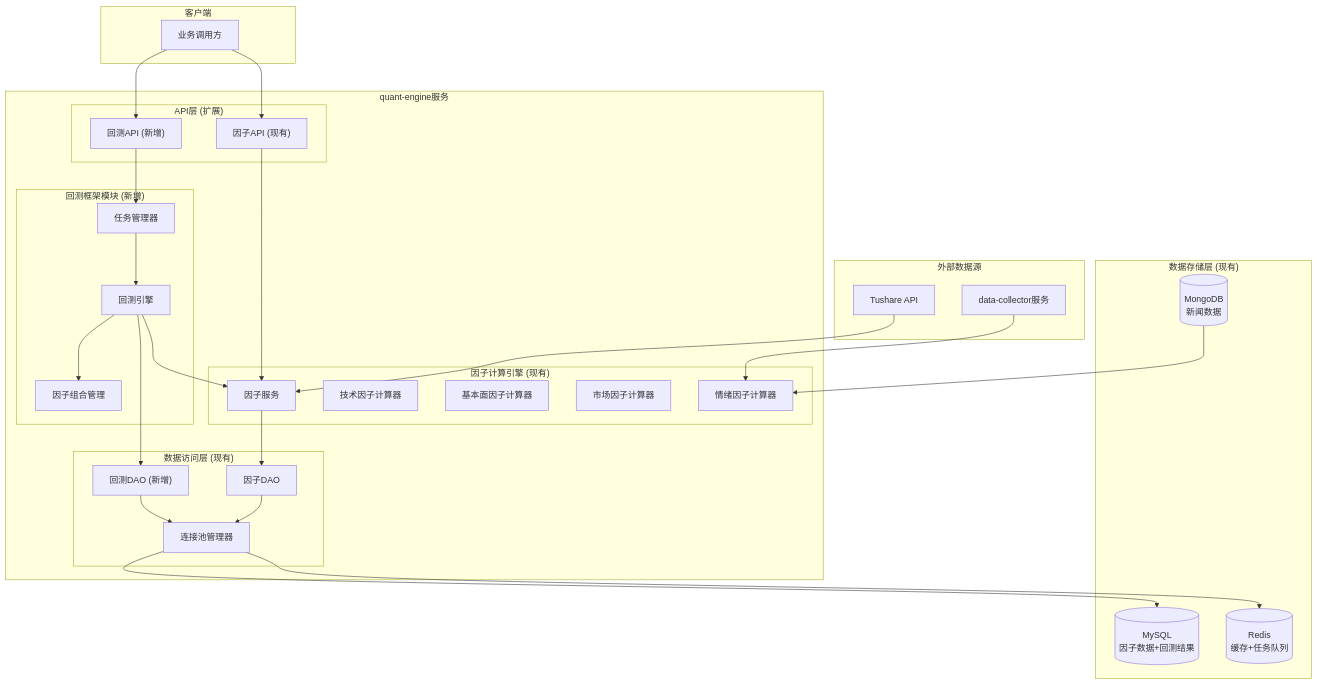
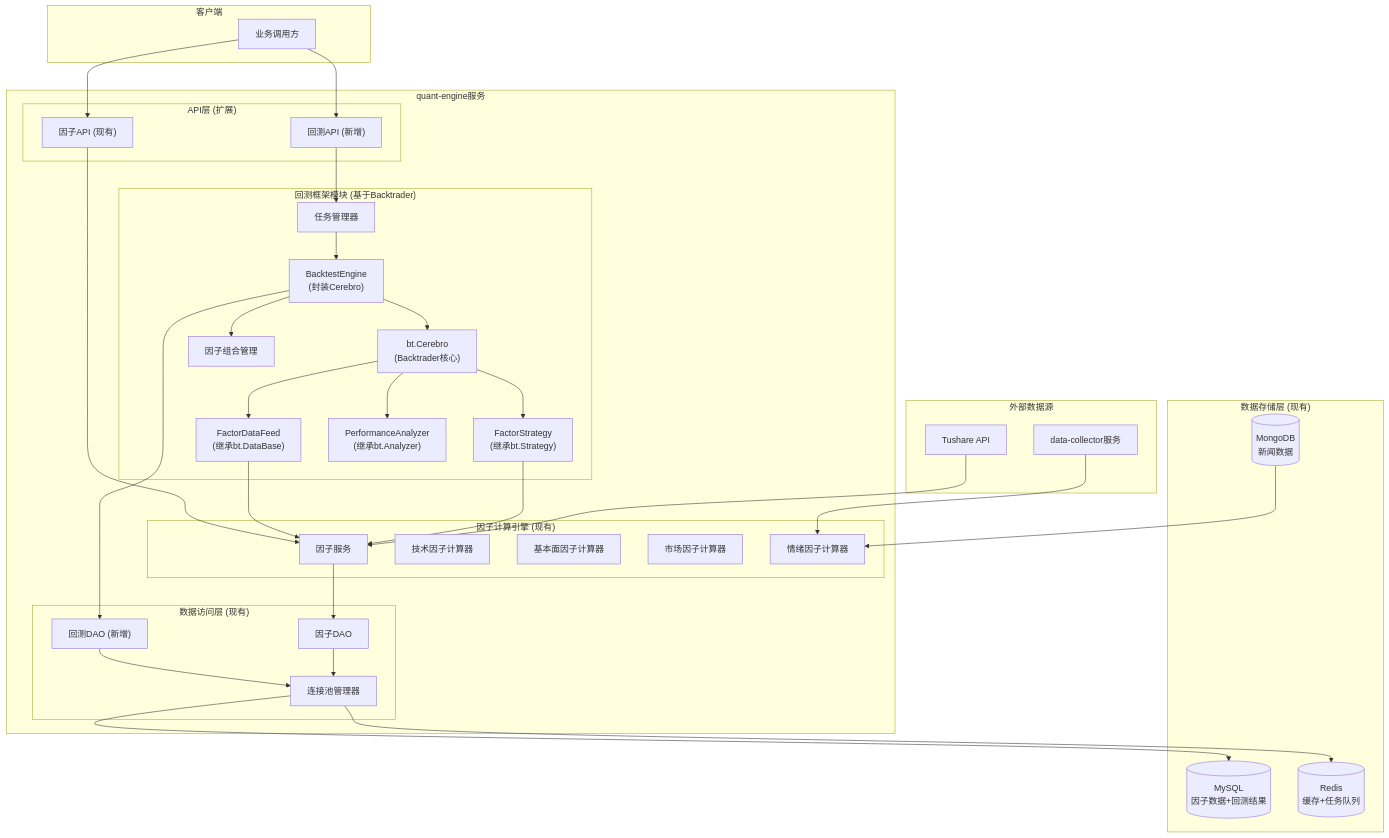
The first of 7 diagrams in docs/iteration-3-prediction-model/design_backend.md (Casper-Mars/qtrade), drawn with Mermaid before and after one commit. The commit also changed other lines of this file and 3 other files, not shown here.

````diff
--- a/docs/iteration-3-prediction-model/design_backend.md
+++ b/docs/iteration-3-prediction-model/design_backend.md
@@ -76,70 +76,79 @@
 ```mermaid
 graph TB
     subgraph "外部数据源"
         TS["Tushare API"]
         DC["data-collector服务"]
     end
     
     subgraph "quant-engine服务"
-        subgraph "回测框架模块 (新增)"
-            BE["回测引擎"]
+        subgraph "回测框架模块 (基于Backtrader)"
+            BE["BacktestEngine\n(封装Cerebro)"]
+            Cerebro["bt.Cerebro\n(Backtrader核心)"]
+            Strategy["FactorStrategy\n(继承bt.Strategy)"]
+            DataFeed["FactorDataFeed\n(继承bt.DataBase)"]
+            Analyzer["PerformanceAnalyzer\n(继承bt.Analyzer)"]
             FCM["因子组合管理"]
             TM["任务管理器"]
         end
         
         subgraph "因子计算引擎 (现有)"
             FS["因子服务"]
             TC["技术因子计算器"]
             FC["基本面因子计算器"]
             MC["市场因子计算器"]
             SC["情绪因子计算器"]
         end
         
         subgraph "数据访问层 (现有)"
             FD["因子DAO"]
             BD["回测DAO (新增)"]
             CP["连接池管理器"]
         end
         
         subgraph "API层 (扩展)"
             BA["回测API (新增)"]
             FA["因子API (现有)"]
         end
     end
     
     subgraph "数据存储层 (现有)"
         MySQL[("MySQL\n因子数据+回测结果")]
         Redis[("Redis\n缓存+任务队列")]
         MongoDB[("MongoDB\n新闻数据")]
     end
     
     subgraph "客户端"
         Client["业务调用方"]
     end
     
     %% 数据流
     TS --> FS
     DC --> SC
     
-    %% 回测框架内部流
-    BE --> FS
+    %% Backtrader回测框架内部流
+    BE --> Cerebro
     BE --> FCM
+    Cerebro --> Strategy
+    Cerebro --> DataFeed
+    Cerebro --> Analyzer
+    Strategy --> FS
+    DataFeed --> FS
     TM --> BE
     
     %% 数据访问
     FS --> FD
     BE --> BD
     FD --> CP
     BD --> CP
     CP --> MySQL
     CP --> Redis
     
     %% API调用
     Client --> BA
     Client --> FA
     BA --> TM
     FA --> FS
     
     %% 存储
     MongoDB --> SC
 ```
````
